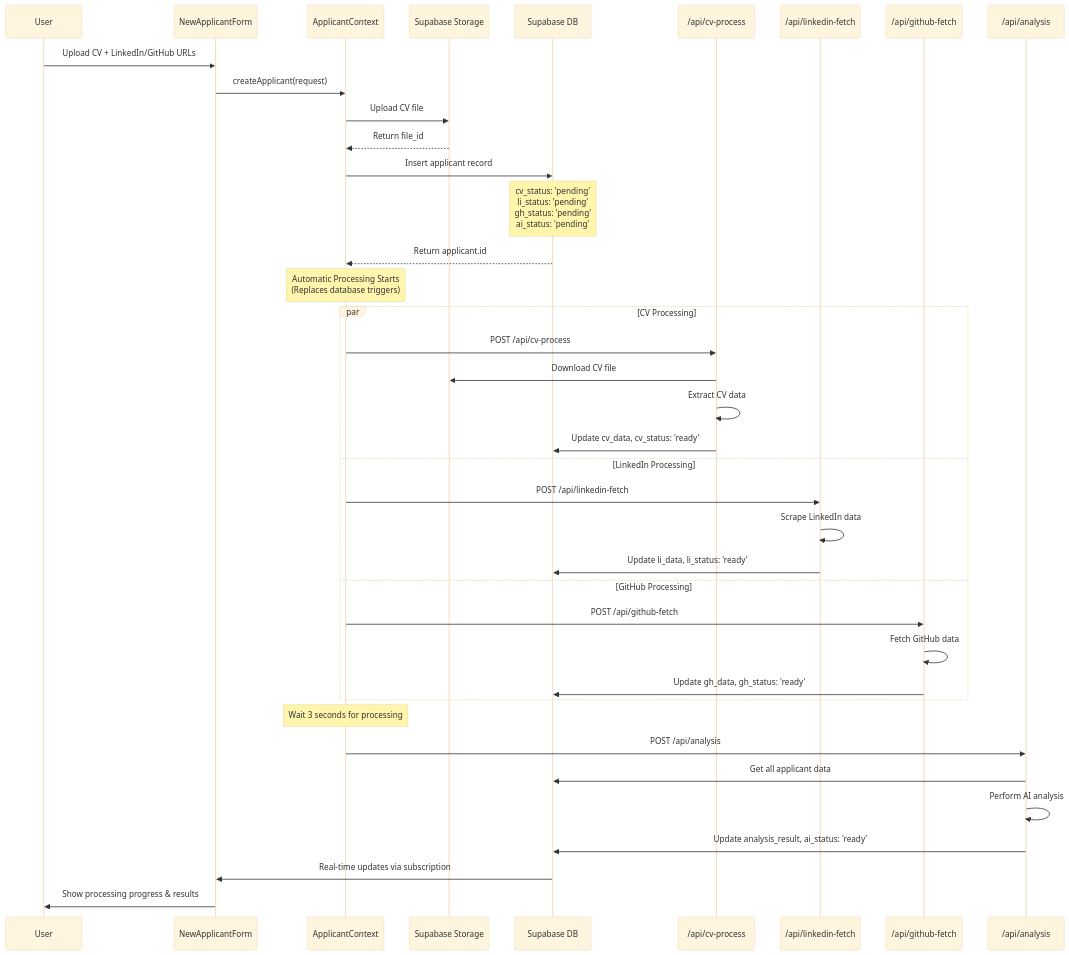
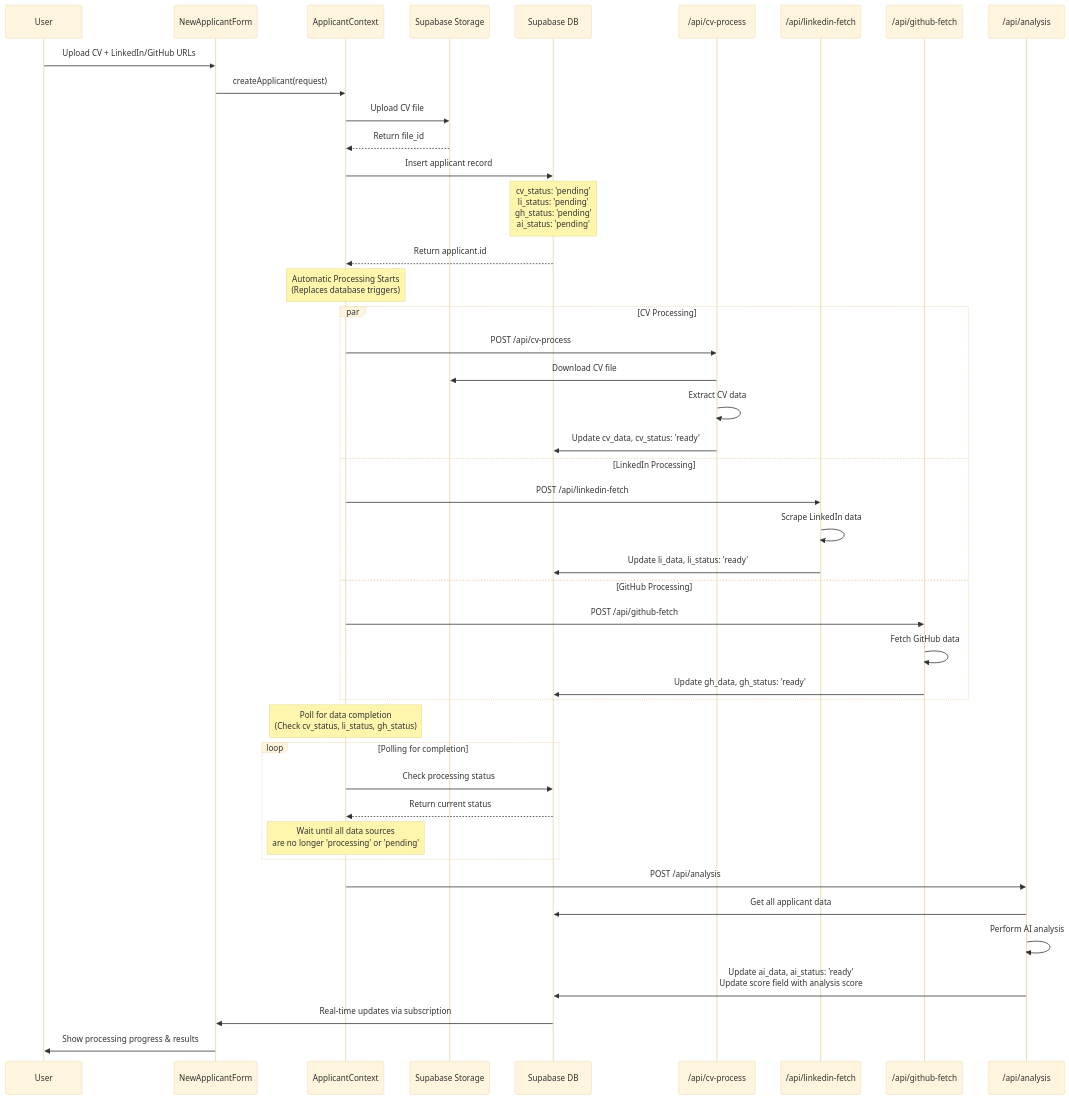
Before and after one commit to mousberg/le-commit: the diagram in docs/flows/manual-upload-flow.md, drawn with Mermaid (base theme). The commit also changed other lines of this file and 1 other file, not shown here.

Commit message:
docs: Update flow documentation to reflect current implementation
- Update manual-upload-flow.md with polling-based AI analysis timing
- Update ats-upload-flow.md with sequential processing phases
- Add recent improvements section documenting January 2025 fixes
- Include configurable fetch limit and real-time UI updates
- Document score persistence and state management improvements
- Reflect current status progression and error handling

````diff
--- a/docs/flows/manual-upload-flow.md
+++ b/docs/flows/manual-upload-flow.md
@@ -8,49 +8,55 @@
 ```mermaid
 sequenceDiagram
     participant User
     participant UI as NewApplicantForm
     participant Context as ApplicantContext
     participant Storage as Supabase Storage
     participant DB as Supabase DB
     participant API1 as /api/cv-process
     participant API2 as /api/linkedin-fetch
     participant API3 as /api/github-fetch
     participant API4 as /api/analysis
 
     User->>UI: Upload CV + LinkedIn/GitHub URLs
     UI->>Context: createApplicant(request)
     
     Context->>Storage: Upload CV file
     Storage-->>Context: Return file_id
     
     Context->>DB: Insert applicant record
     Note over DB: cv_status: 'pending'<br/>li_status: 'pending'<br/>gh_status: 'pending'<br/>ai_status: 'pending'
     DB-->>Context: Return applicant.id
     
     Note over Context: Automatic Processing Starts<br/>(Replaces database triggers)
     
     par CV Processing
         Context->>API1: POST /api/cv-process
         API1->>Storage: Download CV file
         API1->>API1: Extract CV data
         API1->>DB: Update cv_data, cv_status: 'ready'
     and LinkedIn Processing
         Context->>API2: POST /api/linkedin-fetch
         API2->>API2: Scrape LinkedIn data
         API2->>DB: Update li_data, li_status: 'ready'
     and GitHub Processing
         Context->>API3: POST /api/github-fetch
         API3->>API3: Fetch GitHub data
         API3->>DB: Update gh_data, gh_status: 'ready'
     end
     
-    Note over Context: Wait 3 seconds for processing
+    Note over Context: Poll for data completion<br/>(Check cv_status, li_status, gh_status)
+    
+    loop Polling for completion
+        Context->>DB: Check processing status
+        DB-->>Context: Return current status
+        Note over Context: Wait until all data sources<br/>are no longer 'processing' or 'pending'
+    end
     
     Context->>API4: POST /api/analysis
     API4->>DB: Get all applicant data
     API4->>API4: Perform AI analysis
-    API4->>DB: Update analysis_result, ai_status: 'ready'
+    API4->>DB: Update ai_data, ai_status: 'ready'<br/>Update score field with analysis score
     
     DB->>UI: Real-time updates via subscription
     UI->>User: Show processing progress & results
 ```
````
